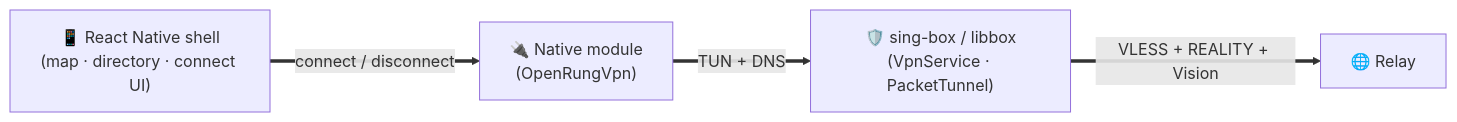
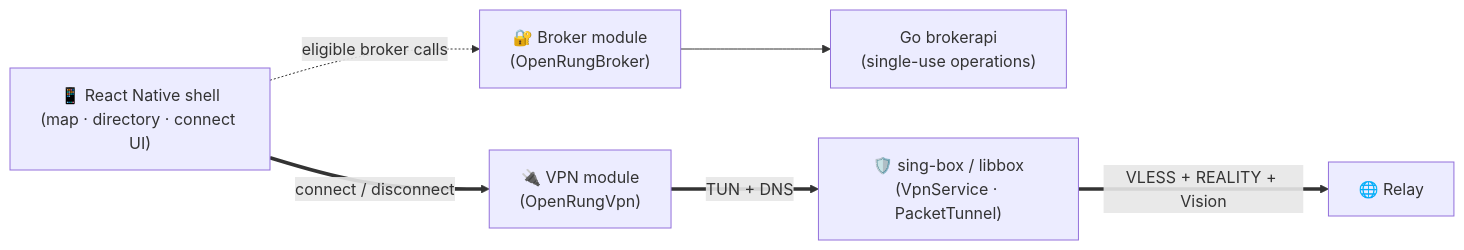
One commit to openrung/openrung-mobile-app changed the diagram in README.md. Above: the diagram before and after it, drawn with Mermaid. The commit also changed other lines of this file and 68 other files, not shown here.

Commit message:
Route React Native broker traffic through native brokerapi transport (#64)

````diff
--- a/README.md
+++ b/README.md
@@ -42,11 +52,15 @@
 ```mermaid
 flowchart LR
     ui["📱 React Native shell<br/>(map · directory · connect UI)"]
-    bridge["🔌 Native module<br/>(OpenRungVpn)"]
+    bridge["🔌 VPN module<br/>(OpenRungVpn)"]
+    brokerBridge["🔐 Broker module<br/>(OpenRungBroker)"]
+    brokerapi["Go brokerapi<br/>(single-use operations)"]
     engine["🛡️ sing-box / libbox<br/>(VpnService · PacketTunnel)"]
     relay["🌐 Relay"]
 
     ui == "connect / disconnect" ==> bridge
+    ui -. "eligible broker calls" .-> brokerBridge
+    brokerBridge --> brokerapi
     bridge == "TUN + DNS" ==> engine
     engine == "VLESS + REALITY + Vision" ==> relay
 ```
````
